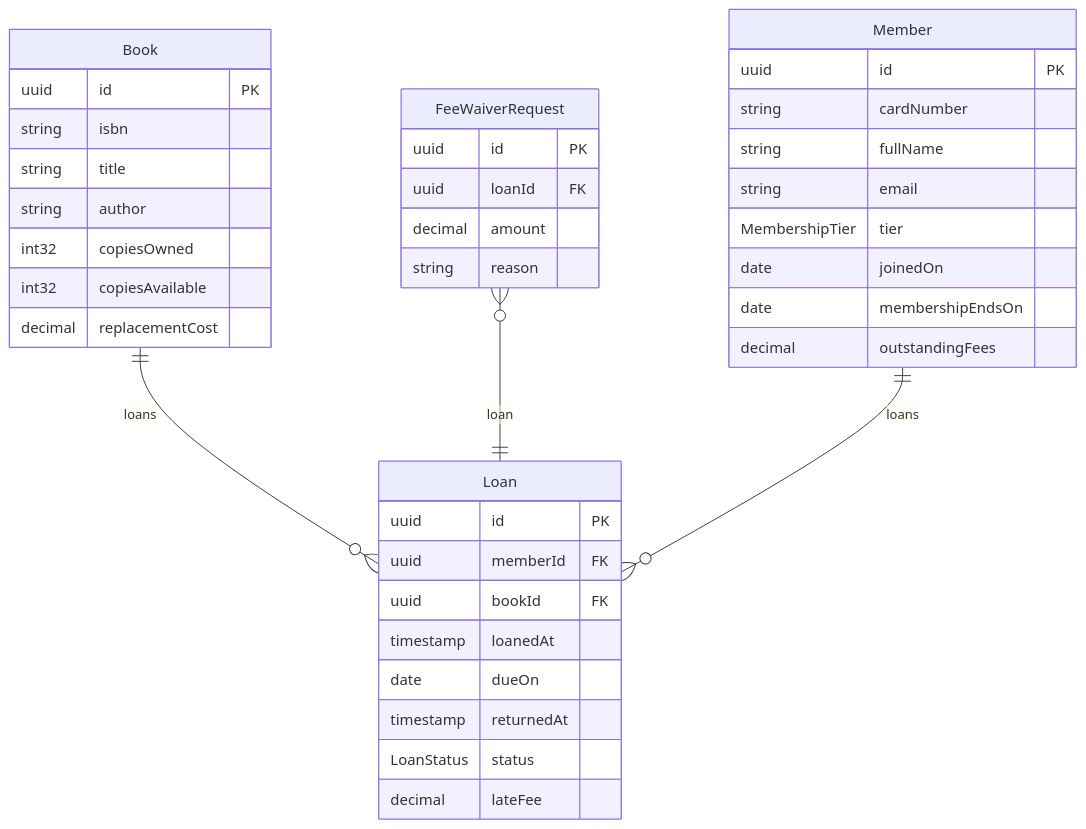
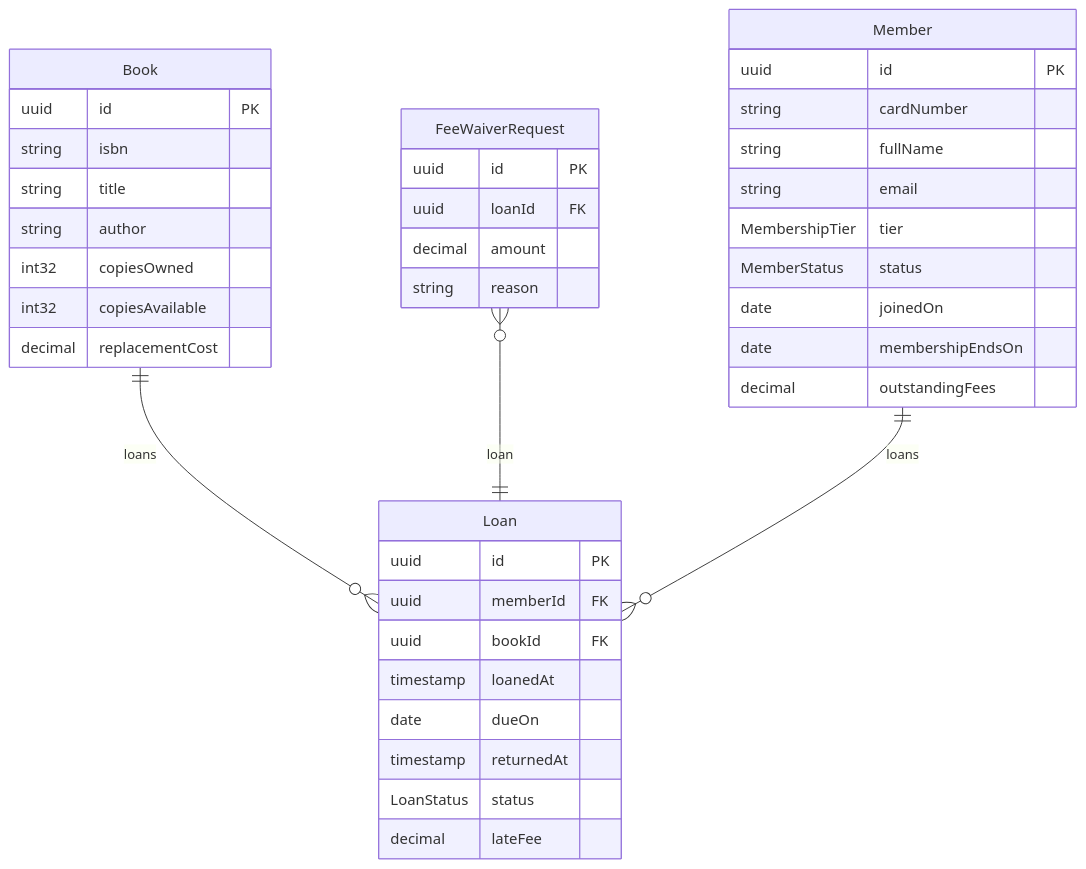
One commit to SpecArch/specarch changed the second of 4 diagrams in examples/library-lending/spec/specarch.md. Above: the diagram before and after it, drawn with Mermaid. The commit also changed 68 other files, not shown here.

````diff
--- a/examples/library-lending/spec/specarch.md
+++ b/examples/library-lending/spec/specarch.md
@@ -47,41 +47,42 @@
 ```mermaid
 erDiagram
   Book ||--o{ Loan : loans
   FeeWaiverRequest }o--|| Loan : loan
   Member ||--o{ Loan : loans
   Book {
     uuid id PK
     string isbn
     string title
     string author
     int32 copiesOwned
     int32 copiesAvailable
     decimal replacementCost
   }
   FeeWaiverRequest {
     uuid id PK
     uuid loanId FK
     decimal amount
     string reason
   }
   Loan {
     uuid id PK
     uuid memberId FK
     uuid bookId FK
     timestamp loanedAt
     date dueOn
     timestamp returnedAt
     LoanStatus status
     decimal lateFee
   }
   Member {
     uuid id PK
     string cardNumber
     string fullName
     string email
     MembershipTier tier
+    MemberStatus status
     date joinedOn
     date membershipEndsOn
     decimal outstandingFees
   }
 ```
````
